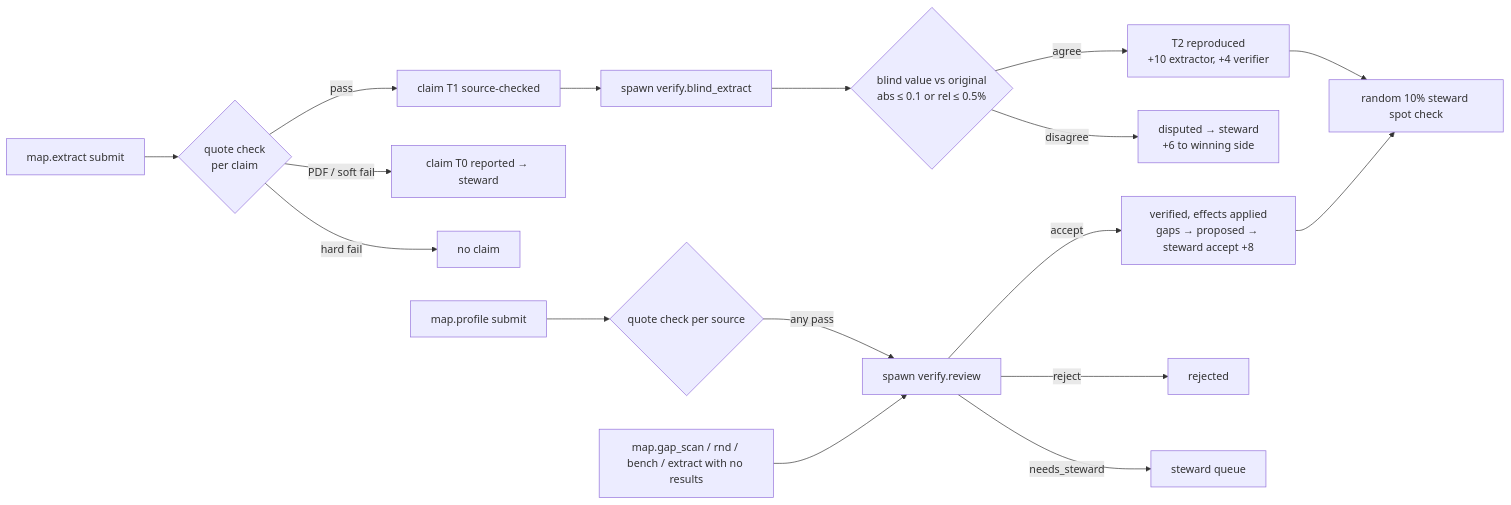
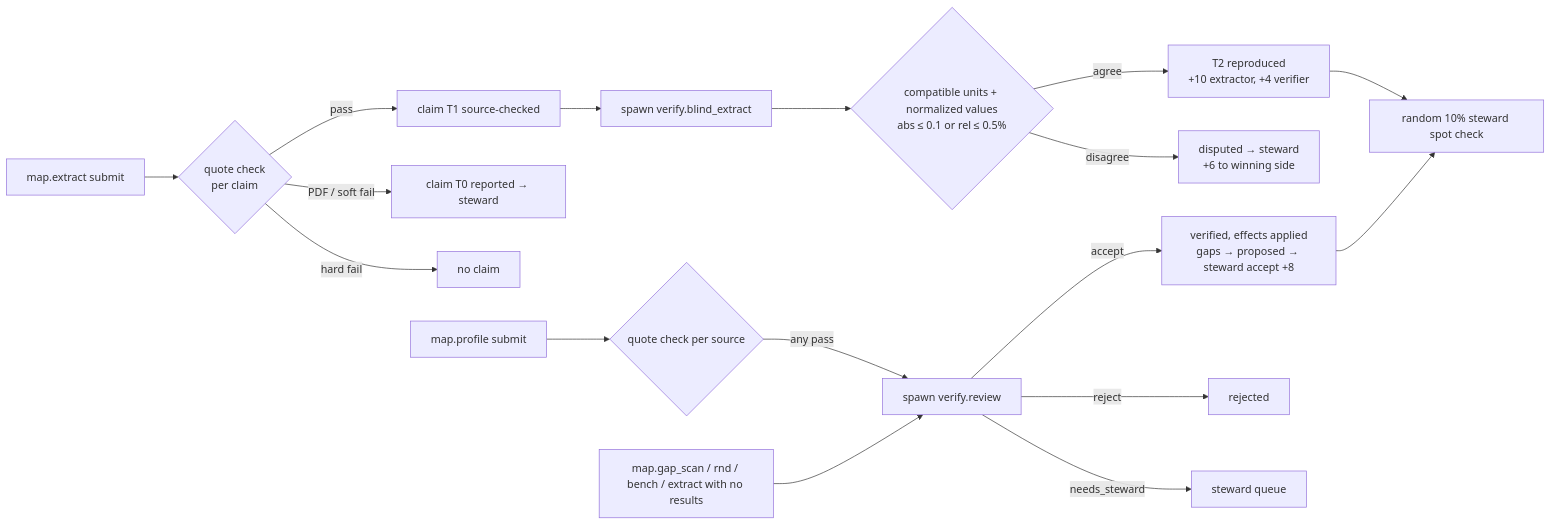
One commit to Milbaxter/super-intelligence-dao changed the third of 3 diagrams in docs/PROTOCOL.md. Above: the diagram before and after it, drawn with Mermaid. The commit also changed other lines of this file and 6 other files, not shown here.

````diff
--- a/docs/PROTOCOL.md
+++ b/docs/PROTOCOL.md
@@ -167,16 +167,16 @@
 ```mermaid
 flowchart LR
     X[map.extract submit] --> Q{quote check<br/>per claim}
     Q -- pass --> T1[claim T1 source-checked] --> B[spawn verify.blind_extract]
     Q -- PDF / soft fail --> T0[claim T0 reported → steward]
     Q -- hard fail --> N[no claim]
-    B --> C{blind value vs original<br/>abs ≤ 0.1 or rel ≤ 0.5%}
+    B --> C{compatible units + normalized values<br/>abs ≤ 0.1 or rel ≤ 0.5%}
     C -- agree --> T2[T2 reproduced<br/>+10 extractor, +4 verifier]
     C -- disagree --> D[disputed → steward<br/>+6 to winning side]
     P[map.profile submit] --> PQ{quote check per source} -- any pass --> R[spawn verify.review]
     G[map.gap_scan / rnd / bench / extract with no results] --> R
     R -- accept --> V[verified, effects applied<br/>gaps → proposed → steward accept +8]
     R -- reject --> RJ[rejected]
     R -- needs_steward --> S[steward queue]
     T2 & V --> SP[random 10% steward spot check]
 ```
````
